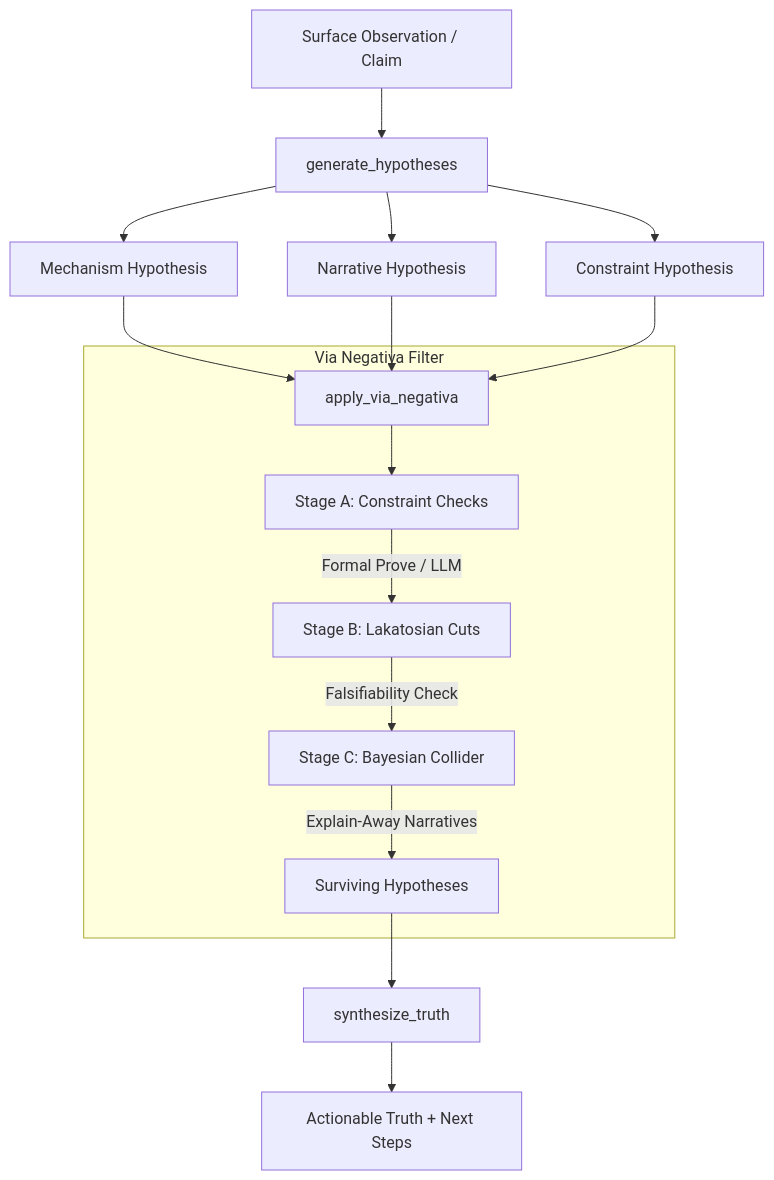
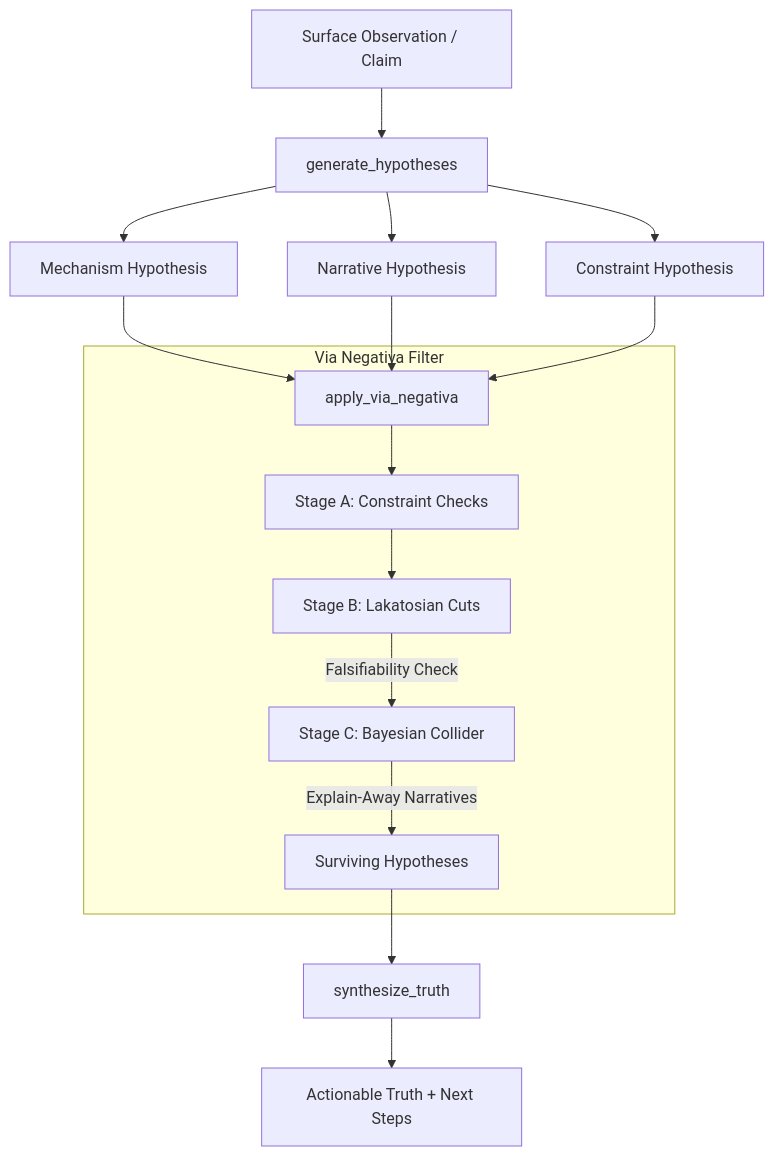
Before and after one commit to angrysky56/wisdom-engine: the diagram in README.md, drawn with Mermaid. The commit also changed other lines of this file and 9 other files, not shown here.

````diff
--- a/README.md
+++ b/README.md
@@ -11,19 +11,19 @@
 ```mermaid
 graph TD
     A[Surface Observation / Claim] --> B[generate_hypotheses]
     B --> B1[Mechanism Hypothesis]
     B --> B2[Narrative Hypothesis]
     B --> B3[Constraint Hypothesis]
-    
+
     B1 & B2 & B3 --> C[apply_via_negativa]
-    
+
     subgraph apply_via_negativa [Via Negativa Filter]
         C --> D[Stage A: Constraint Checks]
-        D -->|Formal Prove / LLM| E[Stage B: Lakatosian Cuts]
+        D --> E[Stage B: Lakatosian Cuts]
         E -->|Falsifiability Check| F[Stage C: Bayesian Collider]
         F -->|Explain-Away Narratives| G[Surviving Hypotheses]
     end
-    
+
     G --> H[synthesize_truth]
     H --> I[Actionable Truth + Next Steps]
 ```
````
